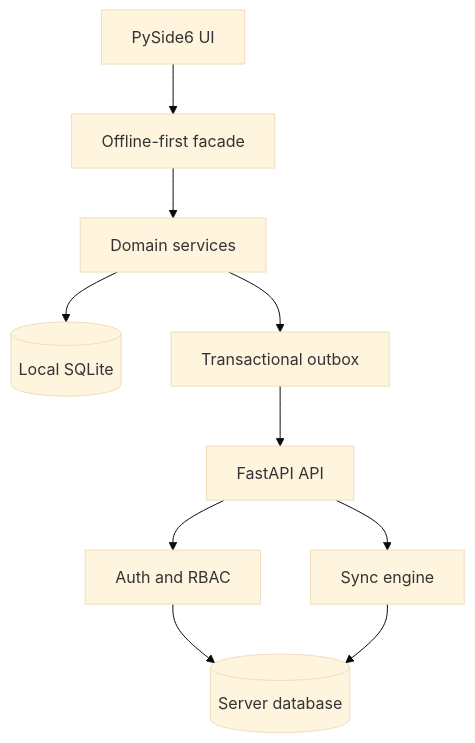
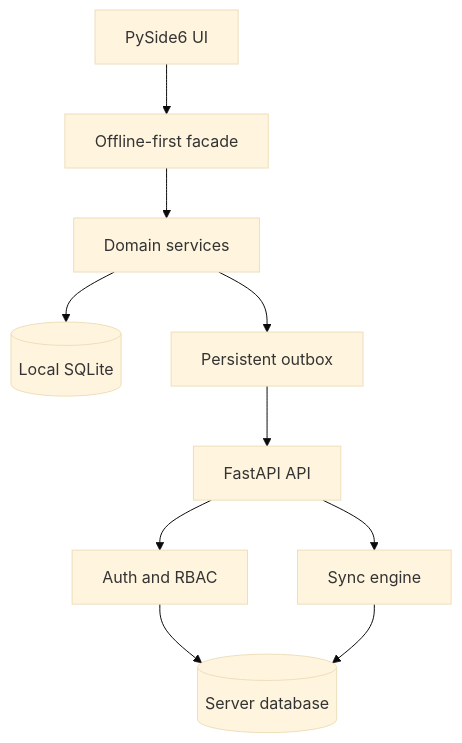
One commit to Tomas-Skurla/risk-opportunity-manager changed the diagram in ARCHITECTURE.md. Above: the diagram before and after it, drawn with Mermaid (base theme). The commit also changed other lines of this file and 1 other file, not shown here.

````diff
--- a/ARCHITECTURE.md
+++ b/ARCHITECTURE.md
@@ -5,12 +5,12 @@
 ```mermaid
 flowchart TD
     UI[PySide6 UI] --> Facade[Offline-first facade]
     Facade --> Services[Domain services]
     Services --> Store[(Local SQLite)]
-    Services --> Outbox[Transactional outbox]
+    Services --> Outbox[Persistent outbox]
     Outbox --> API[FastAPI API]
     API --> Auth[Auth and RBAC]
     API --> Sync[Sync engine]
     Auth --> DB[(Server database)]
     Sync --> DB
 ```
````
